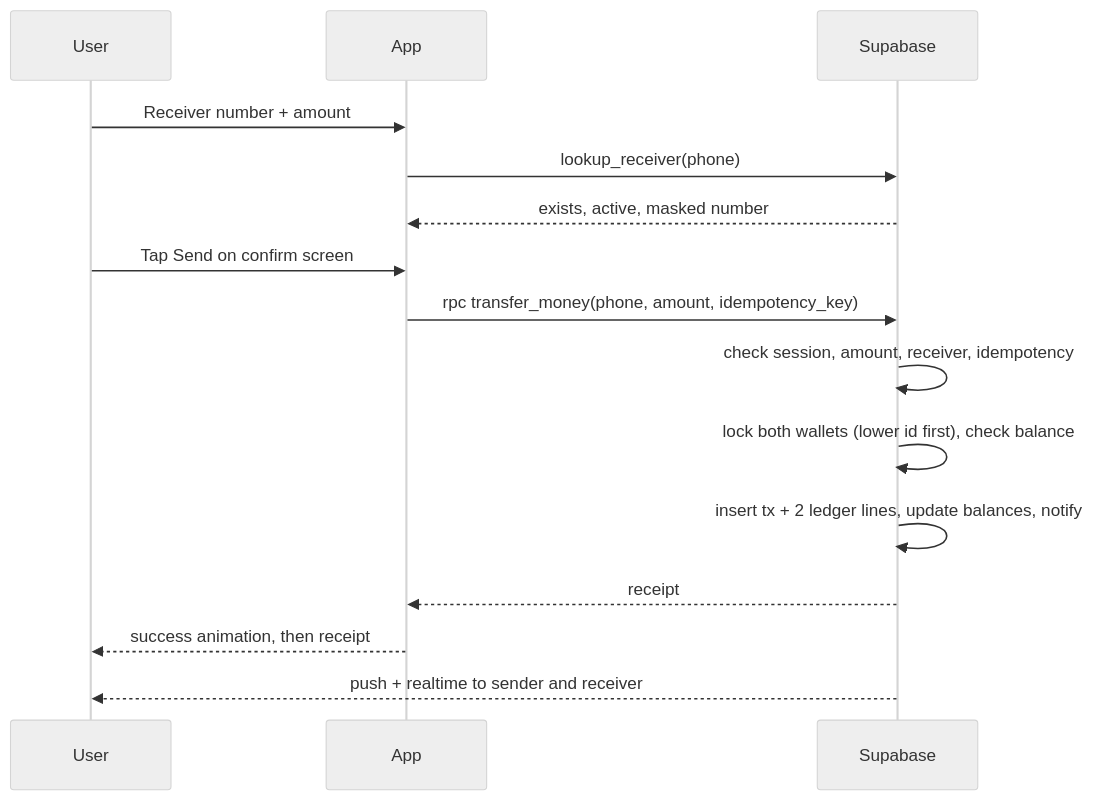
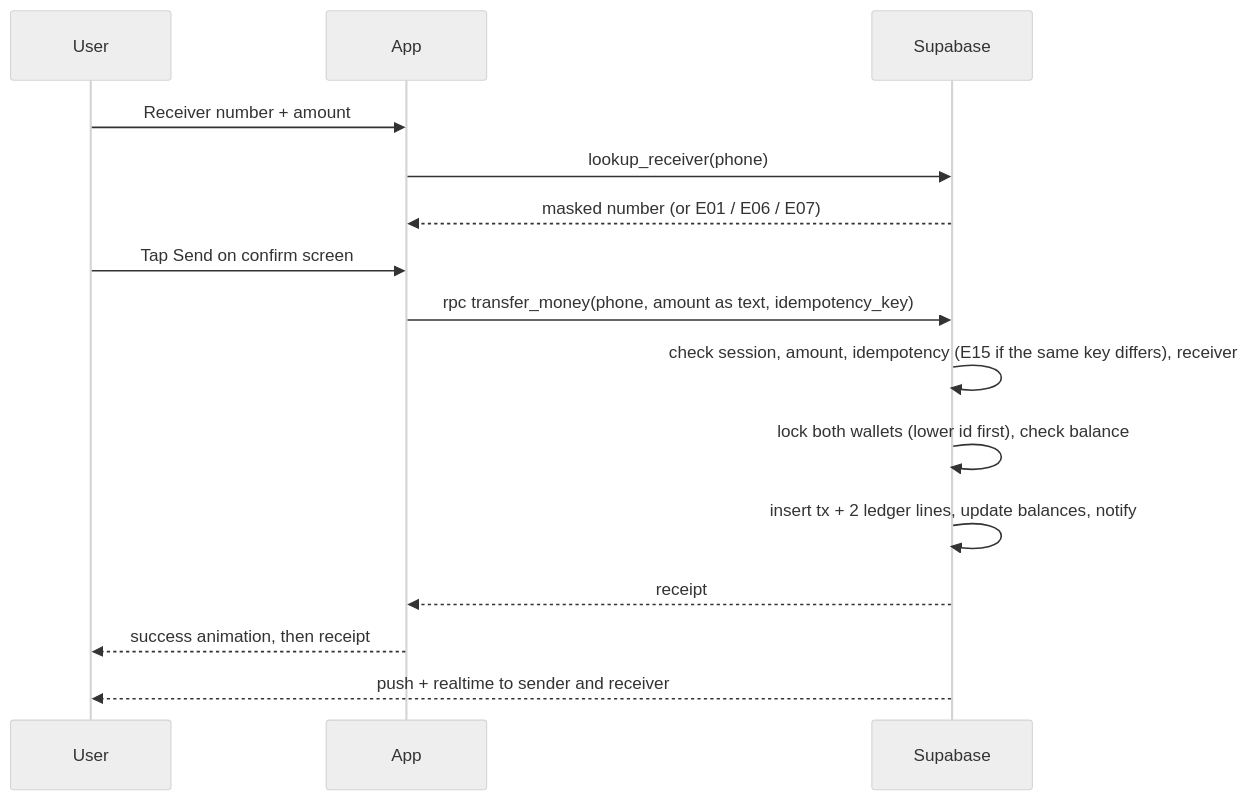
Before and after one commit to mustaf123/GaraadkaabeAI: the diagram in design/SPEC.md, drawn with Mermaid (neutral theme). The commit also changed other lines of this file and 15 other files, not shown here.

First line of the commit message:
Add transfer_money, history and receipts; make the app English only (build step 2)

````diff
--- a/design/SPEC.md
+++ b/design/SPEC.md
@@ -202,17 +207,17 @@
 ```mermaid
 sequenceDiagram
     participant U as User
     participant A as App
     participant S as Supabase
     U->>A: Receiver number + amount
     A->>S: lookup_receiver(phone)
-    S-->>A: exists, active, masked number
+    S-->>A: masked number (or E01 / E06 / E07)
     U->>A: Tap Send on confirm screen
-    A->>S: rpc transfer_money(phone, amount, idempotency_key)
-    S->>S: check session, amount, receiver, idempotency
+    A->>S: rpc transfer_money(phone, amount as text, idempotency_key)
+    S->>S: check session, amount, idempotency (E15 if the same key differs), receiver
     S->>S: lock both wallets (lower id first), check balance
     S->>S: insert tx + 2 ledger lines, update balances, notify
     S-->>A: receipt
     A-->>U: success animation, then receipt
     S-->>U: push + realtime to sender and receiver
 ```
````
